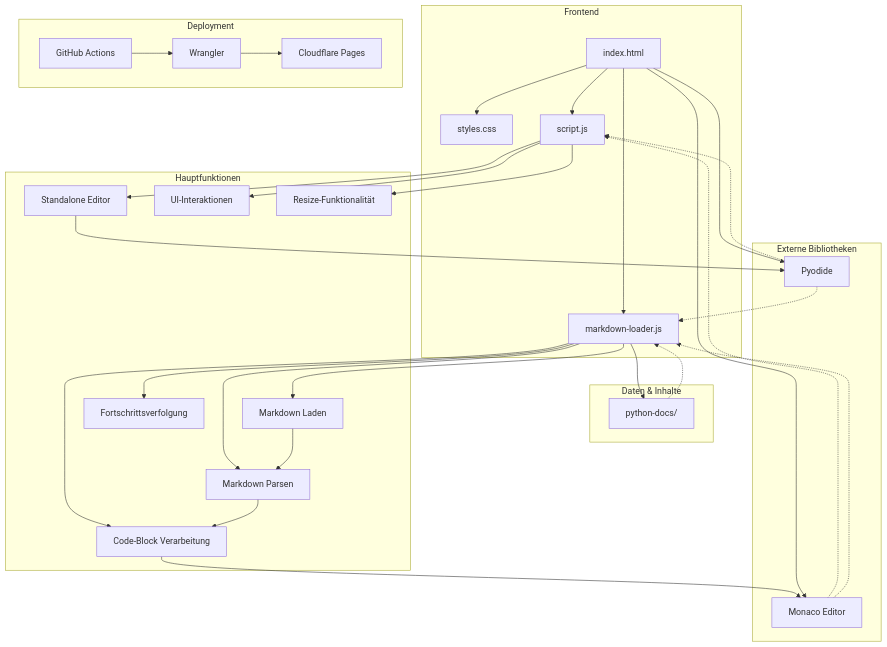
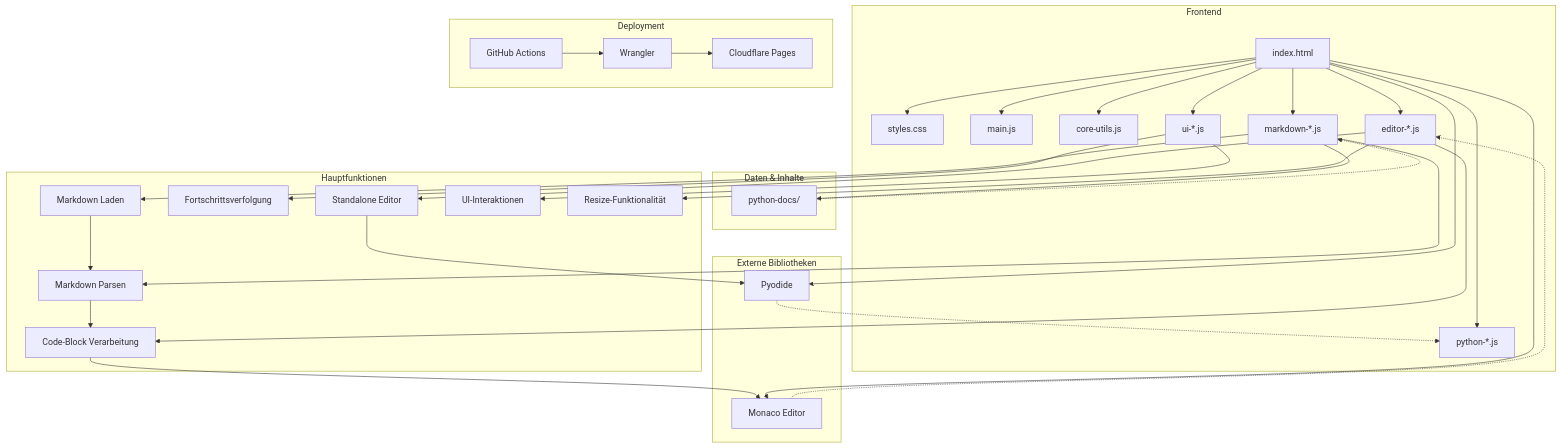
The diagram in README.md (vsvito420/python3), drawn with Mermaid before and after one commit. The commit also changed other lines of this file and 16 other files, not shown here.

````diff
--- a/README.md
+++ b/README.md
@@ -9,44 +9,46 @@
 ```mermaid
 graph TD
     subgraph Frontend
         A[index.html] --> B[styles.css]
-        A --> C[script.js]
-        A --> D[markdown-loader.js]
+        A --> C1[main.js]
+        A --> C2[core-utils.js]
+        A --> C3[editor-*.js]
+        A --> C4[ui-*.js]
+        A --> C5[python-*.js]
+        A --> C6[markdown-*.js]
     end
     
     subgraph "Externe Bibliotheken"
-        E[Monaco Editor] -.-> C
-        E -.-> D
-        F[Pyodide] -.-> C
-        F -.-> D
+        E[Monaco Editor] -.-> C3
+        F[Pyodide] -.-> C5
     end
     
     subgraph "Daten & Inhalte"
-        G[python-docs/] -.-> D
+        G[python-docs/] -.-> C6
     end
     
     subgraph "Hauptfunktionen"
-        D --> H[Markdown Laden]
-        D --> I[Markdown Parsen]
-        D --> J[Code-Block Verarbeitung]
-        D --> K[Fortschrittsverfolgung]
+        C6 --> H[Markdown Laden]
+        C6 --> I[Markdown Parsen]
+        C3 --> J[Code-Block Verarbeitung]
+        C4 --> K[Fortschrittsverfolgung]
         
-        C --> L[Standalone Editor]
-        C --> M[UI-Interaktionen]
-        C --> N[Resize-Funktionalität]
+        C3 --> L[Standalone Editor]
+        C4 --> M[UI-Interaktionen]
+        C3 --> N[Resize-Funktionalität]
         
         H --> I
         I --> J
         J --> E
         L --> F
     end
     
     subgraph "Deployment"
         O[GitHub Actions] --> P[Wrangler]
         P --> Q[Cloudflare Pages]
     end
     
     A --> E
     A --> F
-    D --> G
+    C6 --> G
 ```
````
